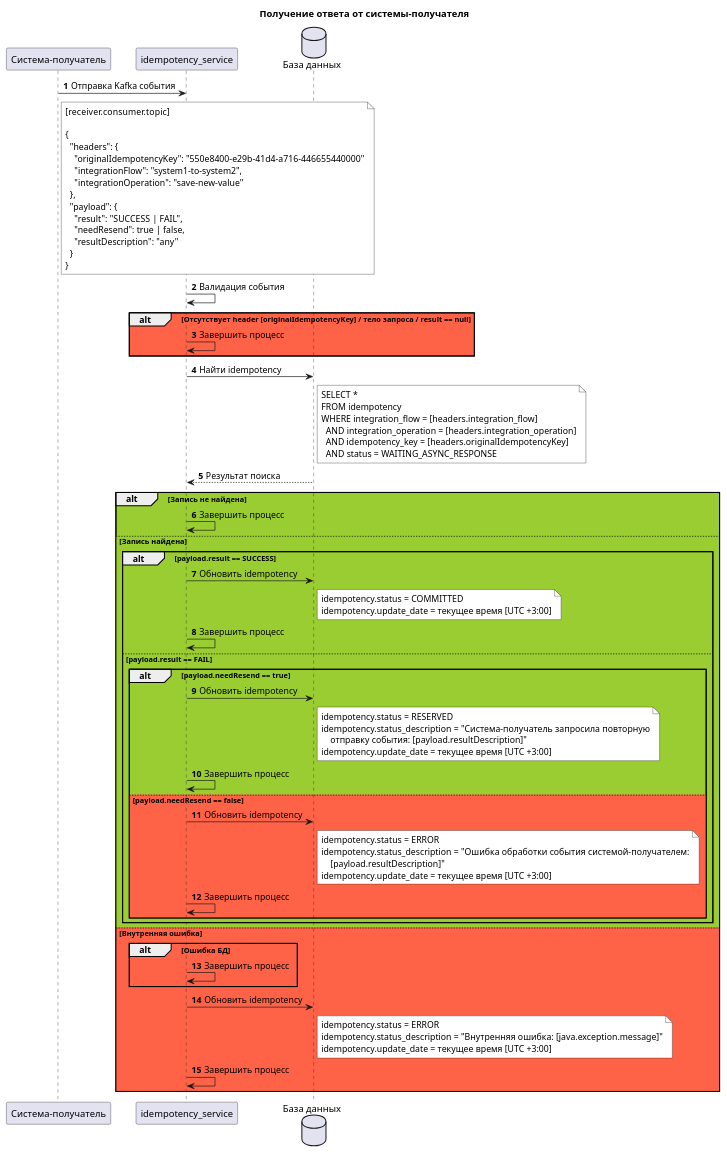
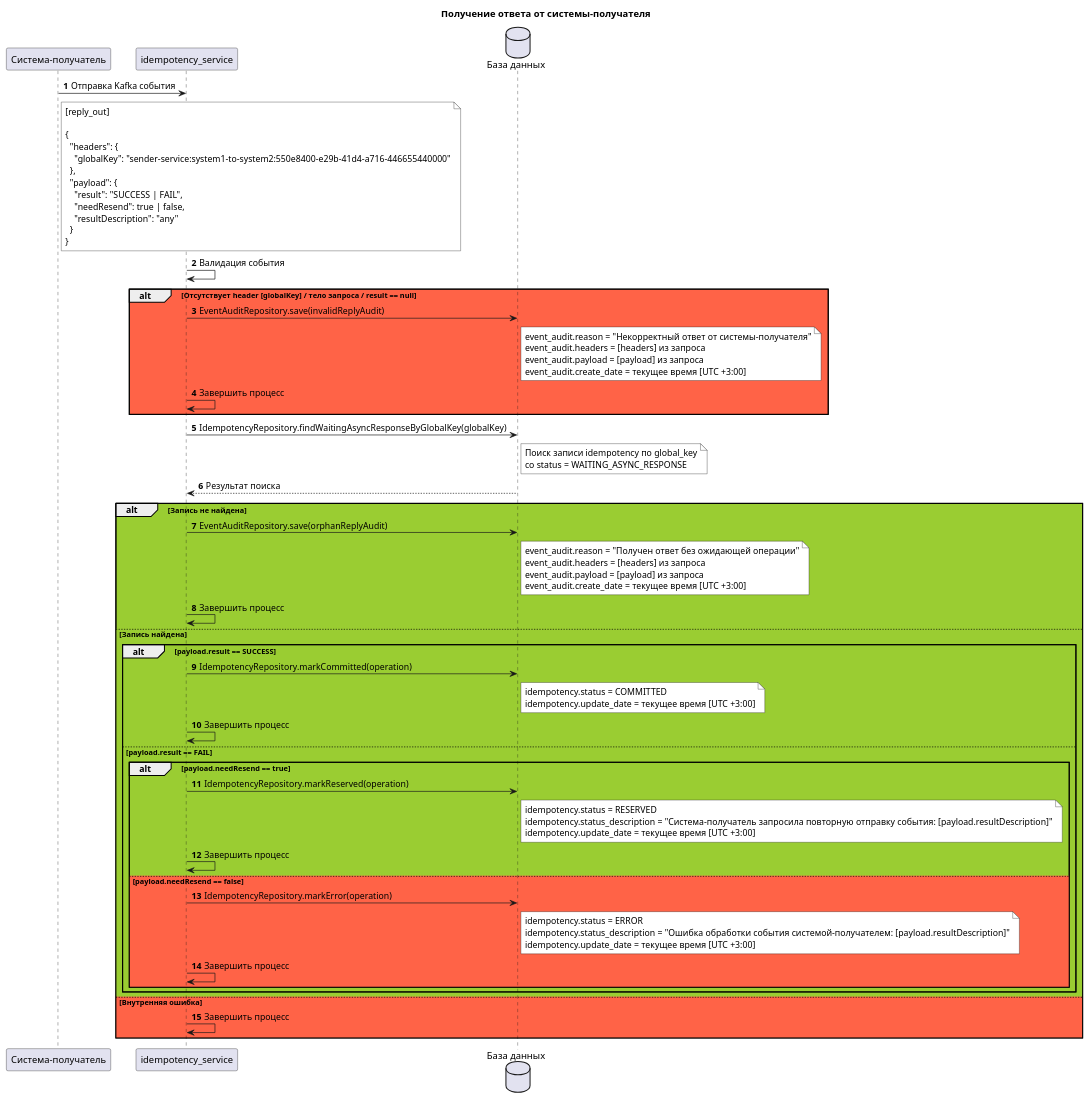
Before and after one commit to idempotence-service/core: the diagram in architecture/4.puml, drawn with PlantUML. The commit also changed 8 other files, not shown here.

```diff
--- a/architecture/4.puml
+++ b/architecture/4.puml
@@ -1,92 +1,89 @@
 @startuml
 title Получение ответа от системы-получателя
 
 autonumber
 
 participant "Система-получатель" as Receiver
 participant "idempotency_service" as IdemService
 database "База данных" as DB
 
 Receiver -> IdemService: Отправка Kafka события
 note right of Receiver #FFFFFF
-[receiver.consumer.topic]
+[reply_out]
 
 {
   "headers": {
-    "originalIdempotencyKey": "550e8400-e29b-41d4-a716-446655440000"
-    "integrationFlow": "system1-to-system2",
-    "integrationOperation": "save-new-value"
+    "globalKey": "sender-service:system1-to-system2:550e8400-e29b-41d4-a716-446655440000"
   },
   "payload": {
     "result": "SUCCESS | FAIL",
     "needResend": true | false,
     "resultDescription": "any"
   }
 }
 end note
 
 
 IdemService -> IdemService: Валидация события
 
-alt #tomato Отсутствует header [originalIdempotencyKey] / тело запроса / result == null
+alt #tomato Отсутствует header [globalKey] / тело запроса / result == null
+    IdemService -> DB: EventAuditRepository.save(invalidReplyAudit)
+    note right of DB #FFFFFF
+        event_audit.reason = "Некорректный ответ от системы-получателя"
+        event_audit.headers = [headers] из запроса
+        event_audit.payload = [payload] из запроса
+        event_audit.create_date = текущее время [UTC +3:00]
+    end note
     IdemService -> IdemService: Завершить процесс
 end
 
-IdemService -> DB: Найти idempotency
+IdemService -> DB: IdempotencyRepository.findWaitingAsyncResponseByGlobalKey(globalKey)
 note right of DB #FFFFFF
-    SELECT *
-    FROM idempotency
-    WHERE integration_flow = [headers.integration_flow]
-      AND integration_operation = [headers.integration_operation]
-      AND idempotency_key = [headers.originalIdempotencyKey]
-      AND status = WAITING_ASYNC_RESPONSE
+    Поиск записи idempotency по global_key
+    со status = WAITING_ASYNC_RESPONSE
 end note
 
 DB --> IdemService: Результат поиска
 
 
 alt #yellowgreen Запись не найдена
+    IdemService -> DB: EventAuditRepository.save(orphanReplyAudit)
+    note right of DB #FFFFFF
+        event_audit.reason = "Получен ответ без ожидающей операции"
+        event_audit.headers = [headers] из запроса
+        event_audit.payload = [payload] из запроса
+        event_audit.create_date = текущее время [UTC +3:00]
+    end note
     IdemService -> IdemService: Завершить процесс
 else #yellowgreen Запись найдена
     alt payload.result == SUCCESS
-        IdemService -> DB: Обновить idempotency
+        IdemService -> DB: IdempotencyRepository.markCommitted(operation)
         note right of DB #FFFFFF
             idempotency.status = COMMITTED
             idempotency.update_date = текущее время [UTC +3:00]
         end note
         IdemService -> IdemService: Завершить процесс
     else payload.result == FAIL
         alt payload.needResend == true
-            IdemService -> DB: Обновить idempotency
+            IdemService -> DB: IdempotencyRepository.markReserved(operation)
             note right of DB #FFFFFF
                 idempotency.status = RESERVED
-                idempotency.status_description = "Система-получатель запросила повторную
-                    отправку события: [payload.resultDescription]"
+                idempotency.status_description = "Система-получатель запросила повторную отправку события: [payload.resultDescription]"
                 idempotency.update_date = текущее время [UTC +3:00]
             end note
             IdemService -> IdemService: Завершить процесс
         else #tomato payload.needResend == false
-            IdemService -> DB: Обновить idempotency
+            IdemService -> DB: IdempotencyRepository.markError(operation)
             note right of DB #FFFFFF
                 idempotency.status = ERROR
-                idempotency.status_description = "Ошибка обработки события системой-получателем:
-                    [payload.resultDescription]"
+                idempotency.status_description = "Ошибка обработки события системой-получателем: [payload.resultDescription]"
                 idempotency.update_date = текущее время [UTC +3:00]
             end note
             IdemService -> IdemService: Завершить процесс
         end
     end
 else #tomato Внутренняя ошибка
-    alt Ошибка БД
-        IdemService -> IdemService : Завершить процесс
-    end
-    IdemService -> DB : Обновить idempotency
-    note right of DB #FFFFFF
-        idempotency.status = ERROR
-        idempotency.status_description = "Внутренняя ошибка: [java.exception.message]"
-        idempotency.update_date = текущее время [UTC +3:00]
-    end note
     IdemService -> IdemService : Завершить процесс
 end
 
 @enduml
```
